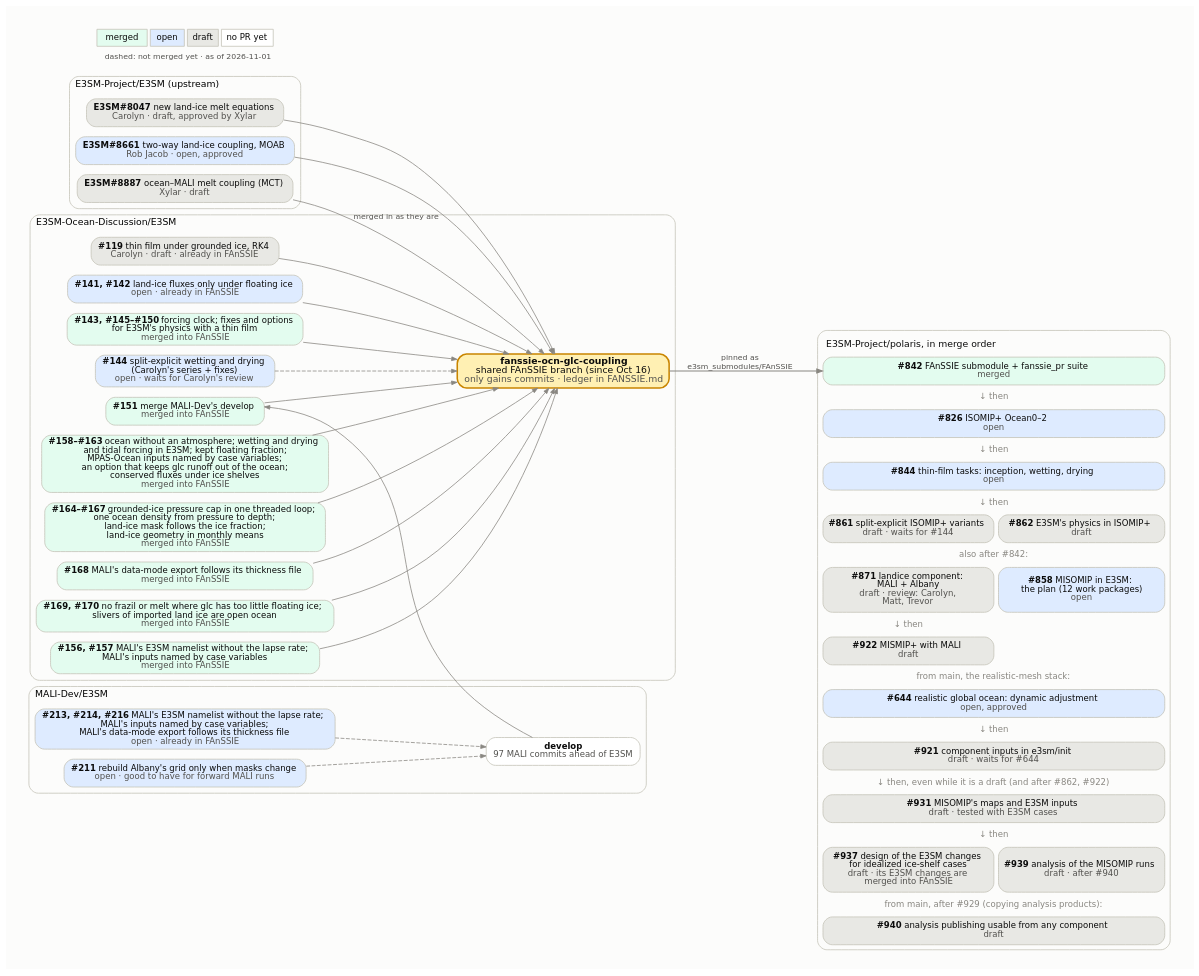
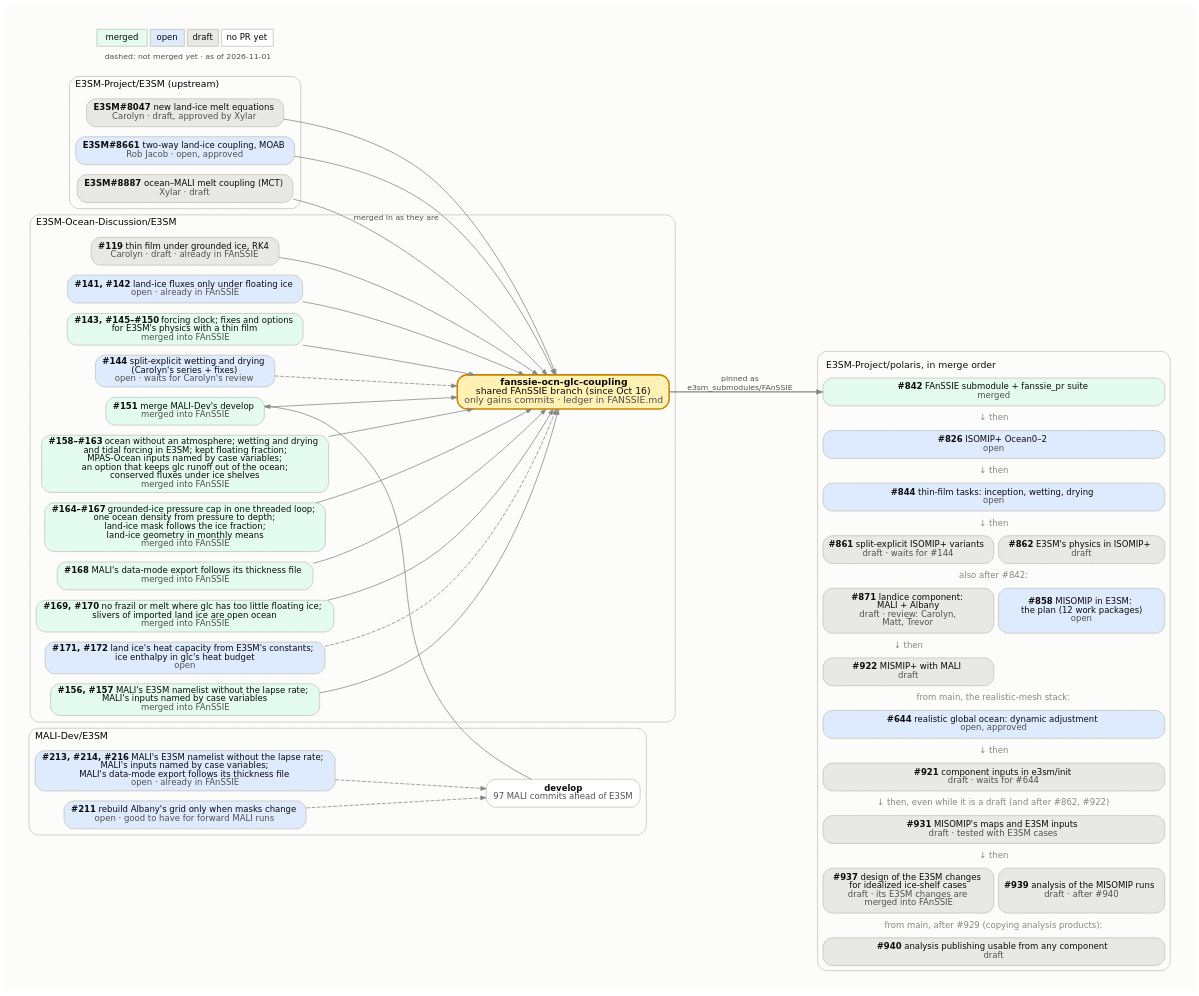
One commit to E3SM-Project/polaris changed the diagram in docs/design_docs/misomip/code_flow.dot. Above: the diagram before and after it, drawn with Graphviz. The commit also changed 4 other files, not shown here.

```diff
--- a/docs/design_docs/misomip/code_flow.dot
+++ b/docs/design_docs/misomip/code_flow.dot
@@ -1,111 +1,113 @@
 // How the upstream E3SM PRs, the E3SM-Ocean-Discussion PRs, the
 // fanssie-ocn-glc-coupling branch and the Polaris PRs fit together.
 //
 // Regenerate with Graphviz 14 (Chrysalis's /usr/bin/dot 2.40 lays it out
 // wider), with the text drawn as paths so it looks the same everywhere:
 //
 //     pixi exec -s graphviz dot -Tsvg:cairo code_flow.dot -o code_flow.svg
 //
 // Fill by state: merged #e3fcef, open #deebff, draft #e8e8e4, no PR yet
 // #ffffff. Dashed edges into the FAnSSIE branch mark PRs not merged into it
 // yet. The Polaris side is one HTML-table node, in merge order, because
 // Graphviz would not keep separate boxes in that order. Update the date in
 // the legend.
 digraph fanssie {
   rankdir=LR;
   bgcolor="#fcfcfb";
   pad=0.3;
   nodesep=0.18;
   ranksep=0.7;
   fontname="DejaVu Sans";
   node [shape=box, style="rounded,filled", fontname="DejaVu Sans",
         fontsize=11, color="#c3c2b7", fontcolor="#0b0b0b", penwidth=1,
         margin="0.12,0.06"];
   edge [color="#898781", arrowsize=0.7, fontname="DejaVu Sans",
         fontsize=10, fontcolor="#52514e"];
 
   subgraph cluster_upstream {
     label="E3SM-Project/E3SM (upstream)";
     labeljust=l; fontsize=12; color="#c3c2b7"; style="rounded";
     e8047 [label=<<b>E3SM#8047</b>  new land-ice melt equations<br/><font color="#52514e">Carolyn · draft, approved by Xylar</font>>, fillcolor="#e8e8e4"];
     e8661 [label=<<b>E3SM#8661</b>  two-way land-ice coupling, MOAB<br/><font color="#52514e">Rob Jacob · open, approved</font>>, fillcolor="#deebff"];
     e8887 [label=<<b>E3SM#8887</b>  ocean–MALI melt coupling (MCT)<br/><font color="#52514e">Xylar · draft</font>>, fillcolor="#e8e8e4"];
   }
 
   subgraph cluster_malidev {
     label="MALI-Dev/E3SM";
     labeljust=l; fontsize=12; color="#c3c2b7"; style="rounded";
     malidev [label=<<b>develop</b><br/><font color="#52514e">97 MALI commits ahead of E3SM</font>>, fillcolor="#ffffff"];
     m213 [label=<<b>#213, #214, #216</b>  MALI's E3SM namelist without the lapse rate;<br/>MALI's inputs named by case variables;<br/>MALI's data-mode export follows its thickness file<br/><font color="#52514e">open · already in FAnSSIE</font>>, fillcolor="#deebff"];
     m211 [label=<<b>#211</b>  rebuild Albany's grid only when masks change<br/><font color="#52514e">open · good to have for forward MALI runs</font>>, fillcolor="#deebff"];
   }
 
   subgraph cluster_eod {
     label="E3SM-Ocean-Discussion/E3SM";
     labeljust=l; fontsize=12; color="#c3c2b7"; style="rounded";
     d119 [label=<<b>#119</b>  thin film under grounded ice, RK4<br/><font color="#52514e">Carolyn · draft · already in FAnSSIE</font>>, fillcolor="#e8e8e4"];
     d141 [label=<<b>#141, #142</b>  land-ice fluxes only under floating ice<br/><font color="#52514e">open · already in FAnSSIE</font>>, fillcolor="#deebff"];
     d143 [label=<<b>#143, #145–#150</b>  forcing clock; fixes and options<br/>for E3SM's physics with a thin film<br/><font color="#52514e">merged into FAnSSIE</font>>, fillcolor="#e3fcef"];
     d144 [label=<<b>#144</b>  split-explicit wetting and drying<br/>(Carolyn's series + fixes)<br/><font color="#52514e">open · waits for Carolyn's review</font>>, fillcolor="#deebff"];
     d151 [label=<<b>#151</b>  merge MALI-Dev's develop<br/><font color="#52514e">merged into FAnSSIE</font>>, fillcolor="#e3fcef"];
     d158 [label=<<b>#158–#163</b>  ocean without an atmosphere; wetting and drying<br/>and tidal forcing in E3SM; kept floating fraction;<br/>MPAS-Ocean inputs named by case variables;<br/>an option that keeps glc runoff out of the ocean;<br/>conserved fluxes under ice shelves<br/><font color="#52514e">merged into FAnSSIE</font>>, fillcolor="#e3fcef"];
     d164 [label=<<b>#164–#167</b>  grounded-ice pressure cap in one threaded loop;<br/>one ocean density from pressure to depth;<br/>land-ice mask follows the ice fraction;<br/>land-ice geometry in monthly means<br/><font color="#52514e">merged into FAnSSIE</font>>, fillcolor="#e3fcef"];
     d168 [label=<<b>#168</b>  MALI's data-mode export follows its thickness file<br/><font color="#52514e">merged into FAnSSIE</font>>, fillcolor="#e3fcef"];
     d169 [label=<<b>#169, #170</b>  no frazil or melt where glc has too little floating ice;<br/>slivers of imported land ice are open ocean<br/><font color="#52514e">merged into FAnSSIE</font>>, fillcolor="#e3fcef"];
+    d171 [label=<<b>#171, #172</b>  land ice's heat capacity from E3SM's constants;<br/>ice enthalpy in glc's heat budget<br/><font color="#52514e">open</font>>, fillcolor="#deebff"];
     d156 [label=<<b>#156, #157</b>  MALI's E3SM namelist without the lapse rate;<br/>MALI's inputs named by case variables<br/><font color="#52514e">merged into FAnSSIE</font>>, fillcolor="#e3fcef"];
     fanssie [label=<<b>fanssie-ocn-glc-coupling</b><br/>shared FAnSSIE branch (since Oct 16)<br/><font color="#52514e">only gains commits · ledger in FANSSIE.md</font>>,
              fillcolor="#fff0b3", penwidth=2, color="#c98500", fontsize=12];
   }
 
   polaris [shape=plaintext, style="", label=<
     <table border="1" color="#c3c2b7" style="rounded" cellborder="1" cellspacing="6" cellpadding="4" bgcolor="#fcfcfb">
       <tr><td border="0" colspan="2" align="left"><font point-size="12">E3SM-Project/polaris, in merge order</font></td></tr>
       <tr><td port="p842" bgcolor="#e3fcef" colspan="2" style="rounded" cellpadding="6"><b>#842</b>  FAnSSIE submodule + fanssie_pr suite<br/><font color="#52514e">merged</font></td></tr>
       <tr><td border="0" colspan="2"><font color="#898781">↓ then</font></td></tr>
       <tr><td port="p826" bgcolor="#deebff" colspan="2" style="rounded" cellpadding="6"><b>#826</b>  ISOMIP+ Ocean0–2<br/><font color="#52514e">open</font></td></tr>
       <tr><td border="0" colspan="2"><font color="#898781">↓ then</font></td></tr>
       <tr><td port="p844" bgcolor="#deebff" colspan="2" style="rounded" cellpadding="6"><b>#844</b>  thin-film tasks: inception, wetting, drying<br/><font color="#52514e">open</font></td></tr>
       <tr><td border="0" colspan="2"><font color="#898781">↓ then</font></td></tr>
       <tr><td port="p861" bgcolor="#e8e8e4" colspan="1" style="rounded" cellpadding="6"><b>#861</b>  split-explicit ISOMIP+ variants<br/><font color="#52514e">draft · waits for #144</font></td><td port="p862" bgcolor="#e8e8e4" colspan="1" style="rounded" cellpadding="6"><b>#862</b>  E3SM's physics in ISOMIP+<br/><font color="#52514e">draft</font></td></tr>
       <tr><td border="0" colspan="2"><font color="#898781">also after #842:</font></td></tr>
       <tr><td port="p871" bgcolor="#e8e8e4" colspan="1" style="rounded" cellpadding="6"><b>#871</b>  landice component:<br/>MALI + Albany<br/><font color="#52514e">draft · review: Carolyn,<br/>Matt, Trevor</font></td><td port="p858" bgcolor="#deebff" colspan="1" style="rounded" cellpadding="6"><b>#858</b>  MISOMIP in E3SM:<br/>the plan (12 work packages)<br/><font color="#52514e">open</font></td></tr>
       <tr><td border="0" colspan="1"><font color="#898781">↓ then</font></td><td border="0" colspan="1"></td></tr>
       <tr><td port="p922" bgcolor="#e8e8e4" colspan="1" style="rounded" cellpadding="6"><b>#922</b>  MISMIP+ with MALI<br/><font color="#52514e">draft</font></td><td border="0" colspan="1"></td></tr>
       <tr><td border="0" colspan="2"><font color="#898781">from main, the realistic-mesh stack:</font></td></tr>
       <tr><td port="p644" bgcolor="#deebff" colspan="2" style="rounded" cellpadding="6"><b>#644</b>  realistic global ocean: dynamic adjustment<br/><font color="#52514e">open, approved</font></td></tr>
       <tr><td border="0" colspan="2"><font color="#898781">↓ then</font></td></tr>
       <tr><td port="p921" bgcolor="#e8e8e4" colspan="2" style="rounded" cellpadding="6"><b>#921</b>  component inputs in e3sm/init<br/><font color="#52514e">draft · waits for #644</font></td></tr>
       <tr><td border="0" colspan="2"><font color="#898781">↓ then, even while it is a draft (and after #862, #922)</font></td></tr>
       <tr><td port="pwp56" bgcolor="#e8e8e4" colspan="2" style="rounded" cellpadding="6"><b>#931</b>  MISOMIP's maps and E3SM inputs<br/><font color="#52514e">draft · tested with E3SM cases</font></td></tr>
       <tr><td border="0" colspan="2"><font color="#898781">↓ then</font></td></tr>
       <tr><td port="pwp7" bgcolor="#e8e8e4" colspan="1" style="rounded" cellpadding="6"><b>#937</b>  design of the E3SM changes<br/>for idealized ice-shelf cases<br/><font color="#52514e">draft · its E3SM changes are<br/>merged into FAnSSIE</font></td><td port="pwp9" bgcolor="#e8e8e4" colspan="1" style="rounded" cellpadding="6"><b>#939</b>  analysis of the MISOMIP runs<br/><font color="#52514e">draft · after #940</font></td></tr>
       <tr><td border="0" colspan="2"><font color="#898781">from main, after #929 (copying analysis products):</font></td></tr>
       <tr><td port="p940" bgcolor="#e8e8e4" colspan="2" style="rounded" cellpadding="6"><b>#940</b>  analysis publishing usable from any component<br/><font color="#52514e">draft</font></td></tr>
     </table>>];
 
   e8047 -> fanssie;
   e8661 -> fanssie;
   e8887 -> fanssie [label="merged in as they are"];
   d119 -> fanssie;
   d141 -> fanssie;
   d143 -> fanssie;
   d144 -> fanssie [style=dashed];
   m211 -> malidev [style=dashed];
   m213 -> malidev [style=dashed];
   d156 -> fanssie;
   d158 -> fanssie;
   d164 -> fanssie;
   d168 -> fanssie;
   d169 -> fanssie;
+  d171 -> fanssie [style=dashed];
   malidev -> d151 [constraint=false];
   d151 -> fanssie;
 
   fanssie -> polaris:p842 [label="pinned as
 e3sm_submodules/FAnSSIE", penwidth=1.5];
 
   legend [shape=plaintext, style="", label=<
     <table border="0" cellborder="1" cellspacing="4" cellpadding="4" color="#c3c2b7">
       <tr><td bgcolor="#e3fcef">merged</td><td bgcolor="#deebff">open</td><td bgcolor="#e8e8e4">draft</td><td bgcolor="#ffffff">no PR yet</td></tr>
       <tr><td colspan="4" border="0"><font point-size="10" color="#52514e">dashed: not merged yet · as of 2026-11-01</font></td></tr>
     </table>>];
 }
```
